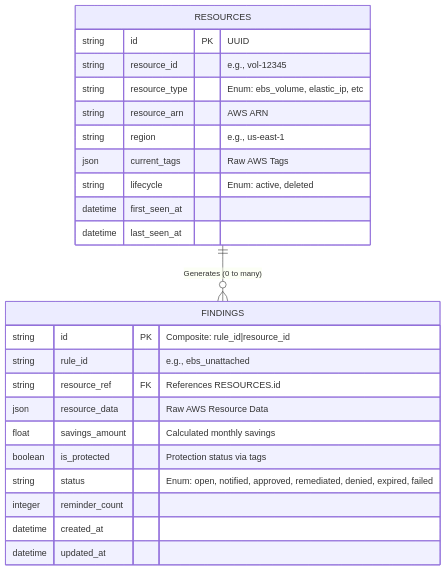
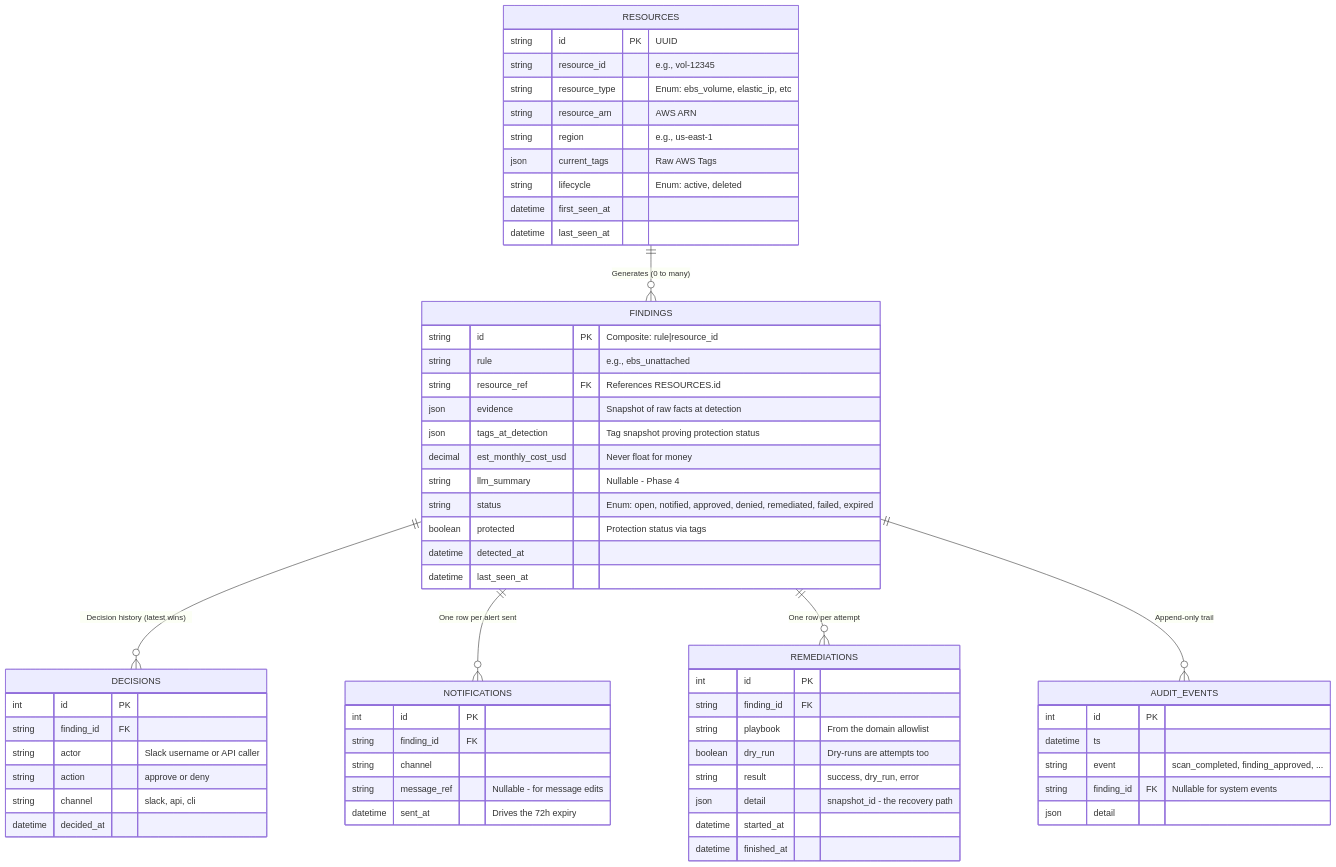
The second of 2 diagrams in README.md (boazleleina/finops-sentinel), drawn with Mermaid before and after one commit. The commit also changed other lines of this file and 31 other files, not shown here.

Commit message:
feat: implement atomic CAS state machine, audit trail, and dry-run execution

````diff
--- a/README.md
+++ b/README.md
@@ -86,29 +87,70 @@
 ```mermaid
 erDiagram
     RESOURCES {
         string id PK "UUID"
         string resource_id "e.g., vol-12345"
         string resource_type "Enum: ebs_volume, elastic_ip, etc"
         string resource_arn "AWS ARN"
         string region "e.g., us-east-1"
         json current_tags "Raw AWS Tags"
         string lifecycle "Enum: active, deleted"
         datetime first_seen_at
         datetime last_seen_at
     }
 
     FINDINGS {
-        string id PK "Composite: rule_id|resource_id"
-        string rule_id "e.g., ebs_unattached"
+        string id PK "Composite: rule|resource_id"
+        string rule "e.g., ebs_unattached"
         string resource_ref FK "References RESOURCES.id"
-        json resource_data "Raw AWS Resource Data"
-        float savings_amount "Calculated monthly savings"
-        boolean is_protected "Protection status via tags"
-        string status "Enum: open, notified, approved, remediated, denied, expired, failed"
-        integer reminder_count
-        datetime created_at
-        datetime updated_at
+        json evidence "Snapshot of raw facts at detection"
+        json tags_at_detection "Tag snapshot proving protection status"
+        decimal est_monthly_cost_usd "Never float for money"
+        string llm_summary "Nullable - Phase 4"
+        string status "Enum: open, notified, approved, denied, remediated, failed, expired"
+        boolean protected "Protection status via tags"
+        datetime detected_at
+        datetime last_seen_at
+    }
+
+    DECISIONS {
+        int id PK
+        string finding_id FK
+        string actor "Slack username or API caller"
+        string action "approve or deny"
+        string channel "slack, api, cli"
+        datetime decided_at
+    }
+
+    NOTIFICATIONS {
+        int id PK
+        string finding_id FK
+        string channel
+        string message_ref "Nullable - for message edits"
+        datetime sent_at "Drives the 72h expiry"
+    }
+
+    REMEDIATIONS {
+        int id PK
+        string finding_id FK
+        string playbook "From the domain allowlist"
+        boolean dry_run "Dry-runs are attempts too"
+        string result "success, dry_run, error"
+        json detail "snapshot_id - the recovery path"
+        datetime started_at
+        datetime finished_at
+    }
+
+    AUDIT_EVENTS {
+        int id PK
+        datetime ts
+        string event "scan_completed, finding_approved, ..."
+        string finding_id FK "Nullable for system events"
+        json detail
     }
 
     RESOURCES ||--o{ FINDINGS : "Generates (0 to many)"
+    FINDINGS ||--o{ DECISIONS : "Decision history (latest wins)"
+    FINDINGS ||--o{ NOTIFICATIONS : "One row per alert sent"
+    FINDINGS ||--o{ REMEDIATIONS : "One row per attempt"
+    FINDINGS ||--o{ AUDIT_EVENTS : "Append-only trail"
 ```
````
